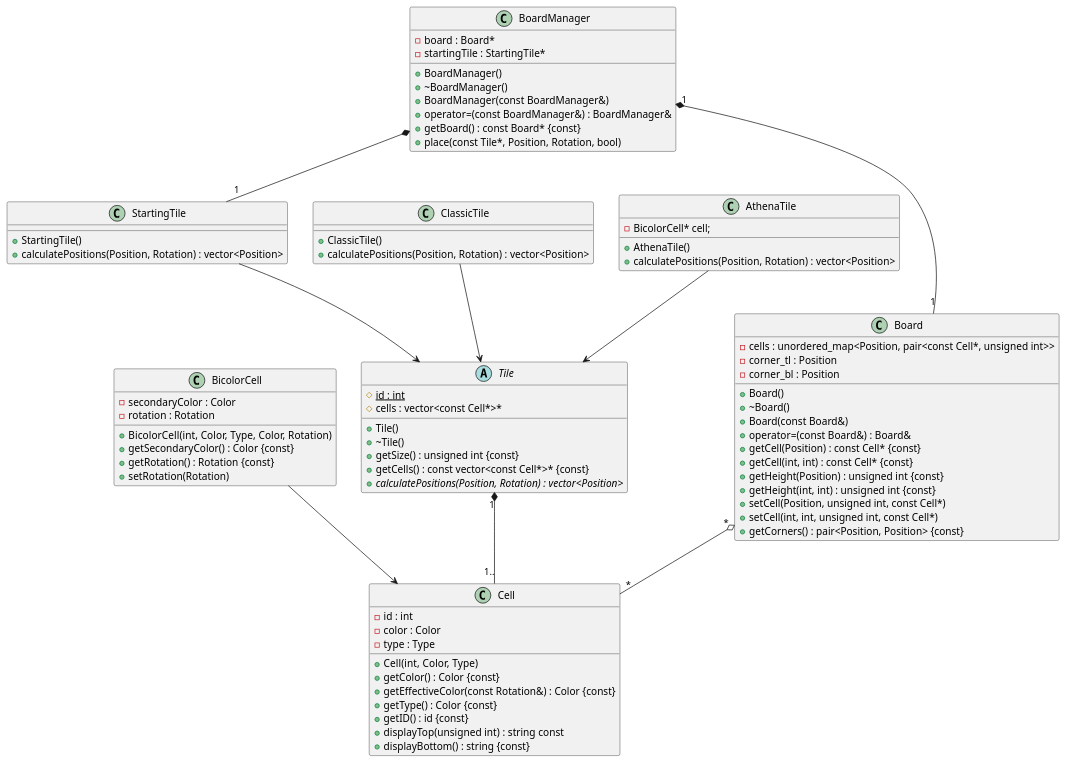
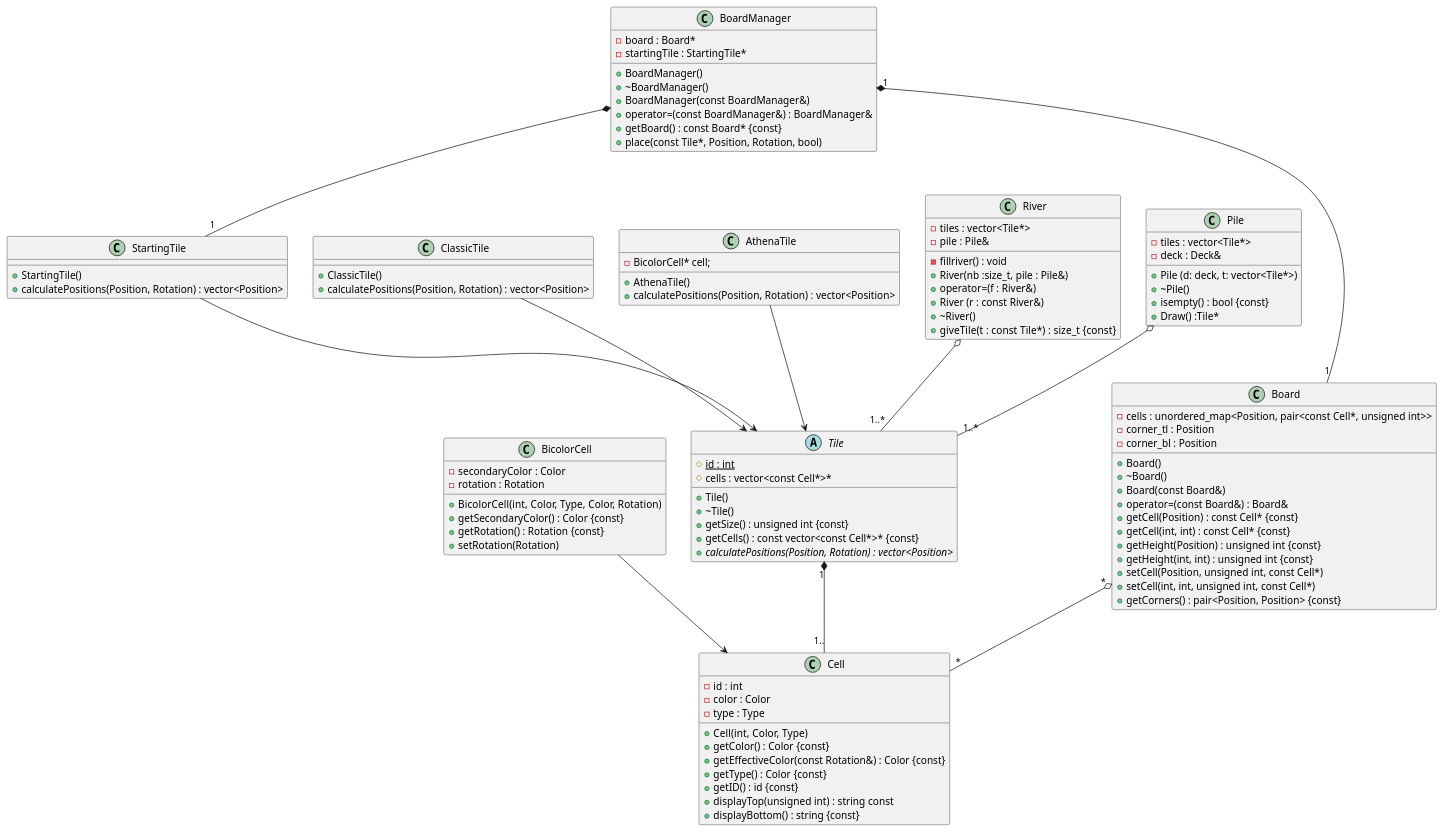
Before and after one commit to Deysox/projetLO21A25: the diagram in uml_akropolis.plantuml, drawn with PlantUML.

Commit message:
ajout river pile

```diff
--- a/uml_akropolis.plantuml
+++ b/uml_akropolis.plantuml
@@ -1,93 +1,115 @@
 @startuml
 class Cell {
     - id : int 
     - color : Color 
     - type : Type
     + Cell(int, Color, Type)
     + getColor() : Color {const}
     + getEffectiveColor(const Rotation&) : Color {const}
     + getType() : Color {const}
     + getID() : id {const}
     + displayTop(unsigned int) : string const
     + displayBottom() : string {const}
 }
 
 class BicolorCell {
     - secondaryColor : Color
     - rotation : Rotation
     + BicolorCell(int, Color, Type, Color, Rotation)
     + getSecondaryColor() : Color {const}
     + getRotation() : Rotation {const}
     + setRotation(Rotation)
 }
 
 BicolorCell --> Cell
 
 
 abstract Tile {
     # {static} id : int
     # cells : vector<const Cell*>*
     + Tile()
     + \~Tile()
     + getSize() : unsigned int {const}
     + getCells() : const vector<const Cell*>* {const}
     + {abstract} calculatePositions(Position, Rotation) : vector<Position>
 
 }
 
 class StartingTile {
     + StartingTile()
     + calculatePositions(Position, Rotation) : vector<Position>
 }
 class ClassicTile {
     + ClassicTile()
     + calculatePositions(Position, Rotation) : vector<Position>
 }
 class AthenaTile {
     - BicolorCell* cell;
     + AthenaTile()
     + calculatePositions(Position, Rotation) : vector<Position>
 }
 
 StartingTile --> Tile
 ClassicTile --> Tile
 AthenaTile --> Tile
 
 Tile "1" *-- "1.." Cell
 
 
 
 class Board {
     - cells : unordered_map<Position, pair<const Cell*, unsigned int>>
     - corner_tl : Position
     - corner_bl : Position
     + Board()
     + \~Board()
     + Board(const Board&)
     + operator=(const Board&) : Board&
     + getCell(Position) : const Cell* {const}
     + getCell(int, int) : const Cell* {const}
     + getHeight(Position) : unsigned int {const}
     + getHeight(int, int) : unsigned int {const}
     + setCell(Position, unsigned int, const Cell*)
     + setCell(int, int, unsigned int, const Cell*)
     + getCorners() : pair<Position, Position> {const}
 }
 
 Board "*" o-- "*" Cell 
 
 class BoardManager {
     - board : Board*
     - startingTile : StartingTile*
     + BoardManager()
     + \~BoardManager()
     + BoardManager(const BoardManager&)
     + operator=(const BoardManager&) : BoardManager&
     + getBoard() : const Board* {const}
     + place(const Tile*, Position, Rotation, bool)
 }
 
 BoardManager "1" *-- "1" Board
 BoardManager *-- "1" StartingTile
 
+class River{
+    - tiles : vector<Tile*>
+    - pile : Pile&
+    - fillriver() : void
+    + River(nb :size_t, pile : Pile&)
+    + operator=(f : River&)
+    +River (r : const River&)
+    +~River()
+    + giveTile(t : const Tile*)  : size_t {const}
+
+}
+River o-- "1..*" Tile
+class Pile{
+    - tiles : vector<Tile*>
+    - deck : Deck&
+    + Pile (d: deck, t: vector<Tile*>)
+    +~Pile()
+    + isempty() : bool {const}
+    + Draw() :Tile*
+
+}
+Pile o-- "1..*" Tile
 @enduml
```
